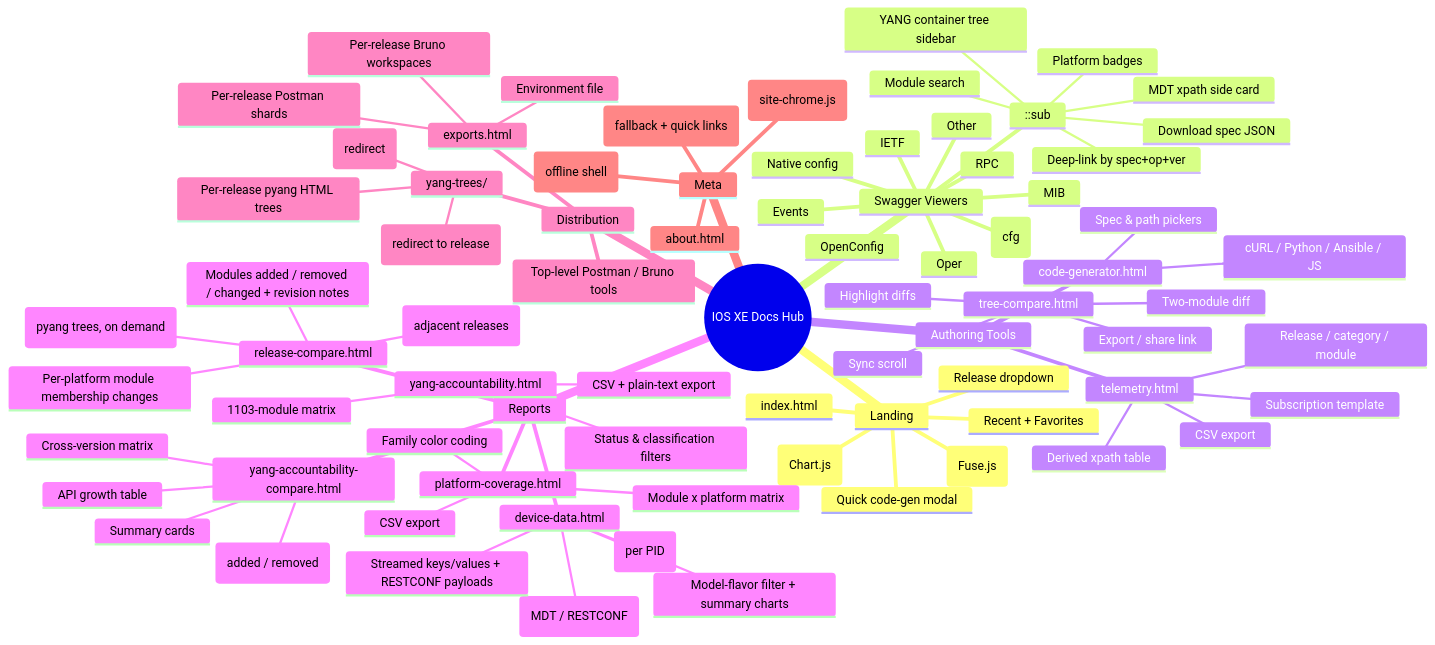
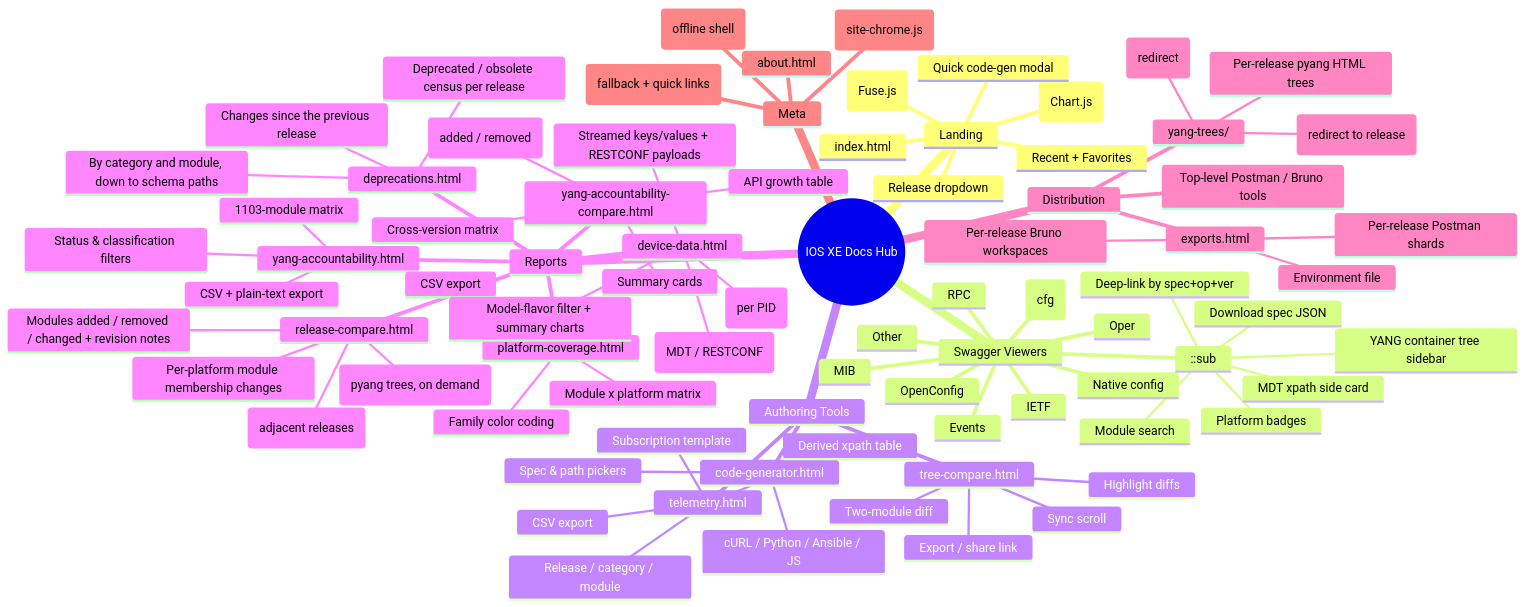
The diagram in APP_MAP.md (CiscoDevNet/cisco-ios-xe-openapi-swagger), drawn with Mermaid before and after one commit. The commit also changed other lines of this file and 620 other files, not shown here.

First line of the commit message:
Add deprecated/obsolete YANG census page; fix MIB Details card

```diff
--- a/APP_MAP.md
+++ b/APP_MAP.md
@@ -95,6 +95,10 @@
         Modules added / removed / changed + revision notes
         Resolved schema-node diff (pyang trees, on demand)
         Per-platform module membership changes
+      deprecations.html
+        Deprecated / obsolete census per release
+        By category and module, down to schema paths
+        Changes since the previous release
       platform-coverage.html
         Module x platform matrix
         Family color coding
```
